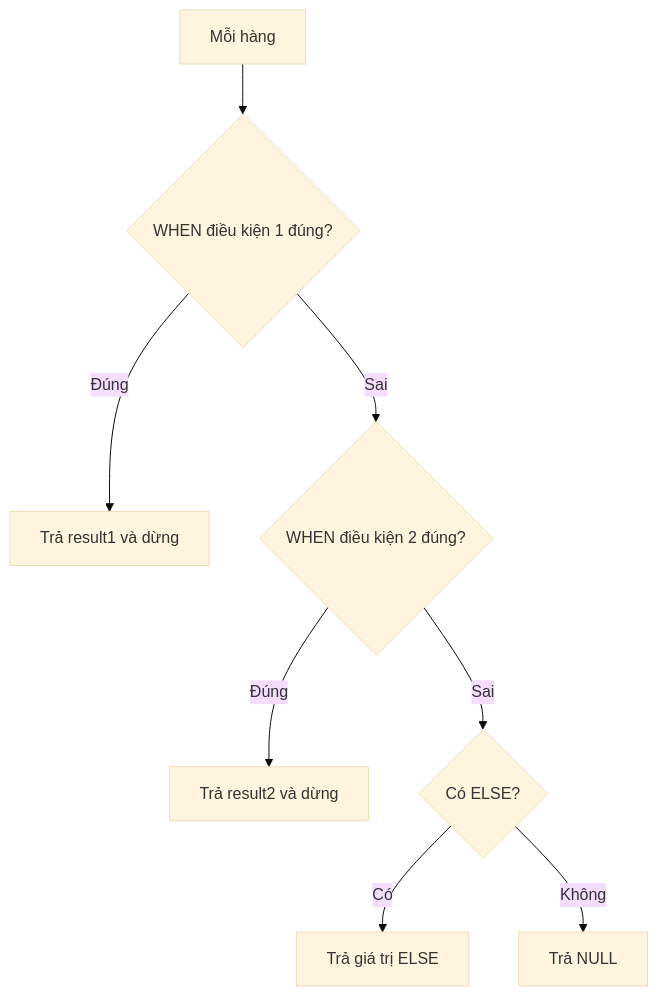
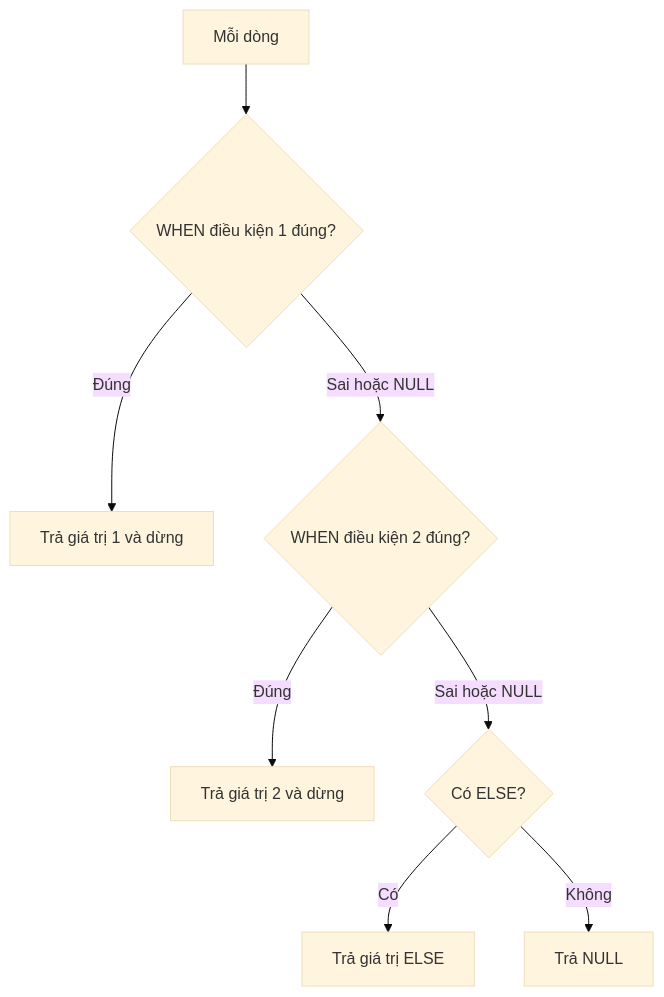
One commit to TienNHM/sql-challenge changed the diagram in lessons/13-case-when.md. Above: the diagram before and after it, drawn with Mermaid (base theme). The commit also changed other lines of this file and 137 other files, not shown here.

````diff
--- a/lessons/13-case-when.md
+++ b/lessons/13-case-when.md
@@ -28,10 +27,10 @@
 ```mermaid
 flowchart TD
-    A["Mỗi hàng"] --> B{"WHEN điều kiện 1 đúng?"}
-    B -->|"Đúng"| R1["Trả result1 và dừng"]
-    B -->|"Sai"| C{"WHEN điều kiện 2 đúng?"}
-    C -->|"Đúng"| R2["Trả result2 và dừng"]
-    C -->|"Sai"| D{"Có ELSE?"}
+    A["Mỗi dòng"] --> B{"WHEN điều kiện 1 đúng?"}
+    B -->|"Đúng"| R1["Trả giá trị 1 và dừng"]
+    B -->|"Sai hoặc NULL"| C{"WHEN điều kiện 2 đúng?"}
+    C -->|"Đúng"| R2["Trả giá trị 2 và dừng"]
+    C -->|"Sai hoặc NULL"| D{"Có ELSE?"}
     D -->|"Có"| R3["Trả giá trị ELSE"]
     D -->|"Không"| R4["Trả NULL"]
 ```
````
